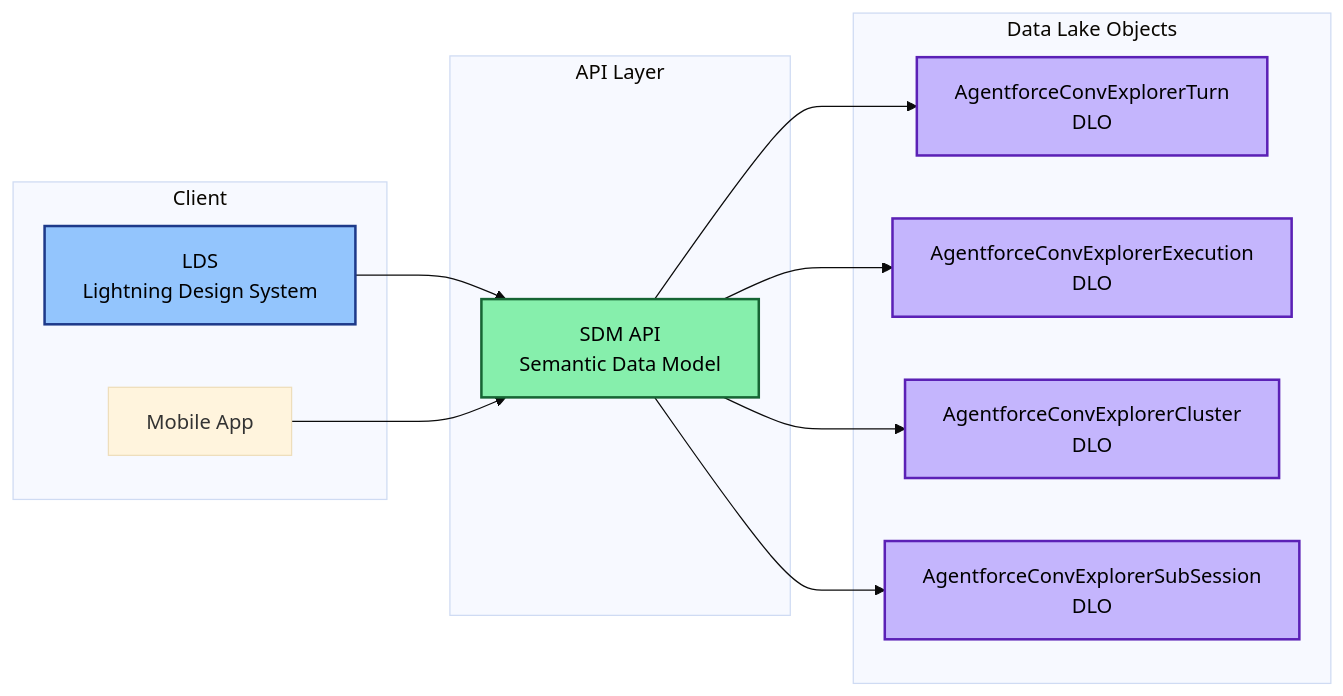
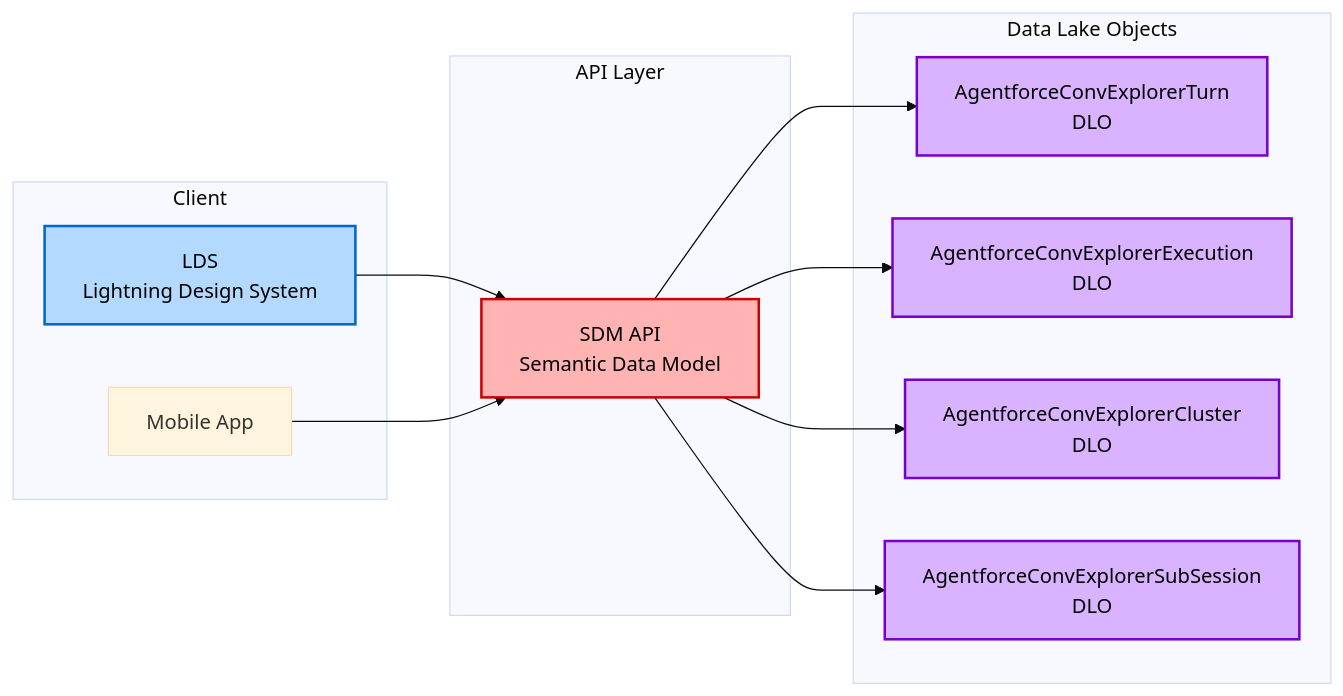
One commit to arupsarkar-sfdc/Misc changed the sixth of 11 diagrams in agentforce/observability/README_Agentforce_Observability_System_Architecture.md. Above: the diagram before and after it, drawn with Mermaid (base theme). The commit also changed other lines of this file, not shown here.

Commit message:
Updated color scheme of all diagrams

````diff
--- a/agentforce/observability/README_Agentforce_Observability_System_Architecture.md
+++ b/agentforce/observability/README_Agentforce_Observability_System_Architecture.md
@@ -548,33 +548,33 @@
 ```mermaid
 graph LR
     subgraph "Client"
         LDS[LDS<br/>Lightning Design System]
         MOBILE[Mobile App]
     end
     
     subgraph "API Layer"
         SDM[SDM API<br/>Semantic Data Model]
     end
     
     subgraph "Data Lake Objects"
         TURN[AgentforceConvExplorerTurn<br/>DLO]
         EXEC[AgentforceConvExplorerExecution<br/>DLO]
         CLUSTER[AgentforceConvExplorerCluster<br/>DLO]
         SUBSESS[AgentforceConvExplorerSubSession<br/>DLO]
     end
     
     LDS --> SDM
     MOBILE --> SDM
     
     SDM --> TURN
     SDM --> EXEC
     SDM --> CLUSTER
     SDM --> SUBSESS
     
-    style LDS fill:#93c5fd,stroke:#1e3a8a,stroke-width:2px,color:#000
-    style SDM fill:#86efac,stroke:#166534,stroke-width:2px,color:#000
-    style TURN fill:#c4b5fd,stroke:#5b21b6,stroke-width:2px,color:#000
-    style EXEC fill:#c4b5fd,stroke:#5b21b6,stroke-width:2px,color:#000
-    style CLUSTER fill:#c4b5fd,stroke:#5b21b6,stroke-width:2px,color:#000
-    style SUBSESS fill:#c4b5fd,stroke:#5b21b6,stroke-width:2px,color:#000
+    style LDS fill:#B3D9FF,stroke:#0066CC,stroke-width:2px,color:#000
+    style SDM fill:#FFB3B3,stroke:#CC0000,stroke-width:2px,color:#000
+    style TURN fill:#D9B3FF,stroke:#7700CC,stroke-width:2px,color:#000
+    style EXEC fill:#D9B3FF,stroke:#7700CC,stroke-width:2px,color:#000
+    style CLUSTER fill:#D9B3FF,stroke:#7700CC,stroke-width:2px,color:#000
+    style SUBSESS fill:#D9B3FF,stroke:#7700CC,stroke-width:2px,color:#000
 ```
````
